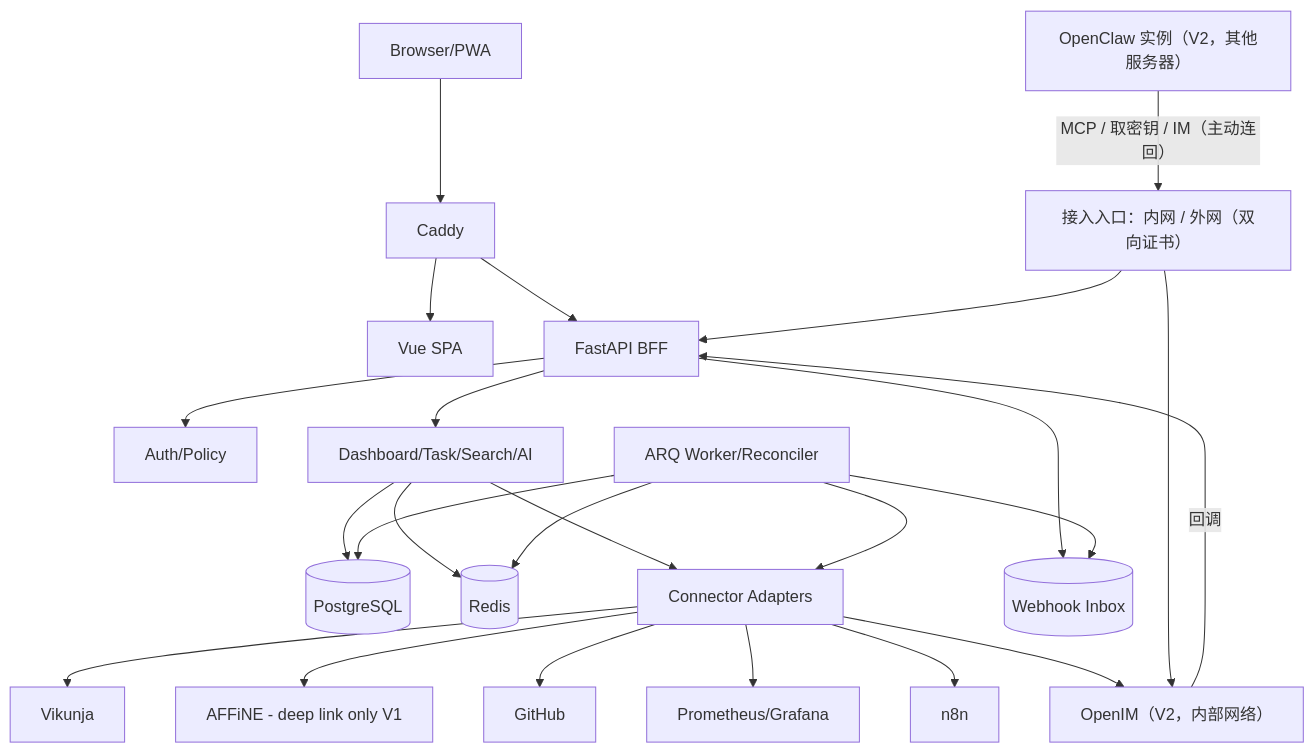
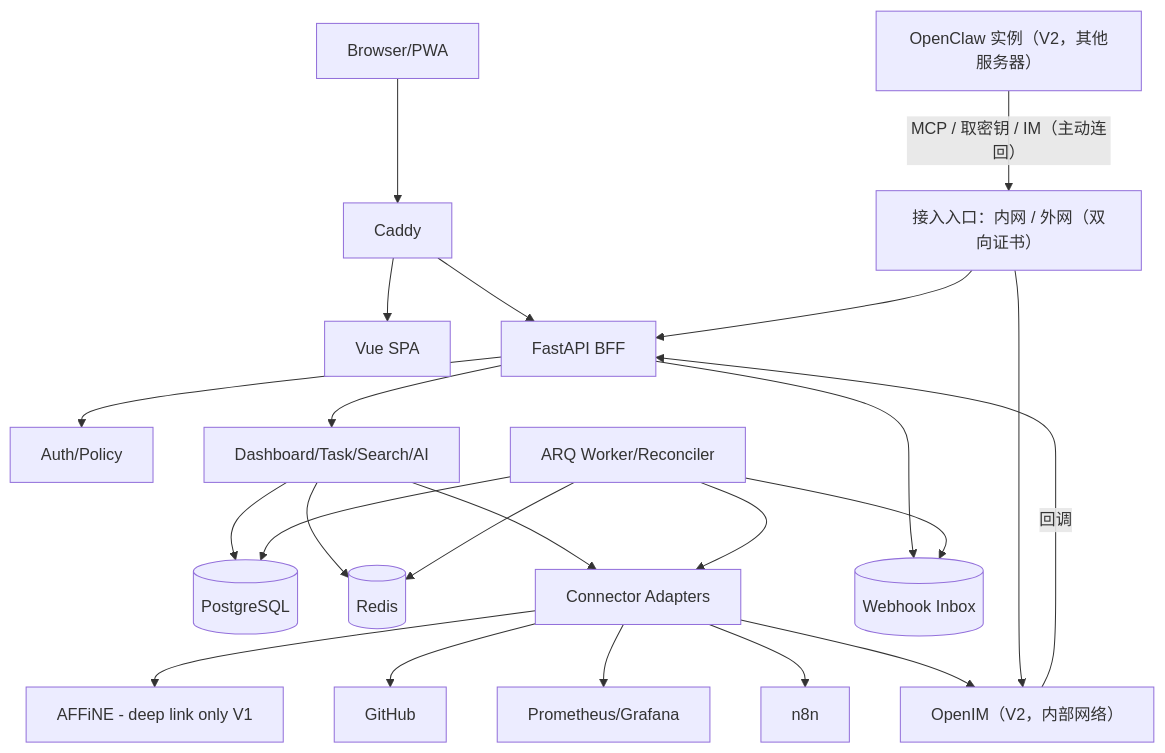
One commit to brianabc121/WorkspaceCore changed the diagram in docs/DEVELOPMENT_SPEC.md. Above: the diagram before and after it, drawn with Mermaid. The commit also changed other lines of this file and 3 other files, not shown here.

````diff
--- a/docs/DEVELOPMENT_SPEC.md
+++ b/docs/DEVELOPMENT_SPEC.md
@@ -128,26 +128,25 @@
 ```mermaid
 flowchart TD
     Browser[Browser/PWA] --> Caddy[Caddy]
     Caddy --> Web[Vue SPA]
     Caddy --> API[FastAPI BFF]
     API --> Auth[Auth/Policy]
     API --> Domain[Dashboard/Task/Search/AI]
     Domain --> PG[(PostgreSQL)]
     Domain --> Redis[(Redis)]
     Domain --> Connect[Connector Adapters]
-    Connect --> Vikunja[Vikunja]
     Connect --> AFFiNE[AFFiNE - deep link only V1]
     Connect --> GitHub[GitHub]
     Connect --> Monitor[Prometheus/Grafana]
     Connect --> N8N[n8n]
     Connect --> OpenIM["OpenIM（V2，内部网络）"]
     Agents["OpenClaw 实例（V2，其他服务器）"] -- "MCP / 取密钥 / IM（主动连回）" --> Ingress["接入入口：内网 / 外网（双向证书）"]
     Ingress --> API
     Ingress --> OpenIM
     OpenIM -- "回调" --> API
     API --> Inbox[(Webhook Inbox)]
     Worker[ARQ Worker/Reconciler] --> Inbox
     Worker --> PG
     Worker --> Connect
     Worker --> Redis
 ```
````
